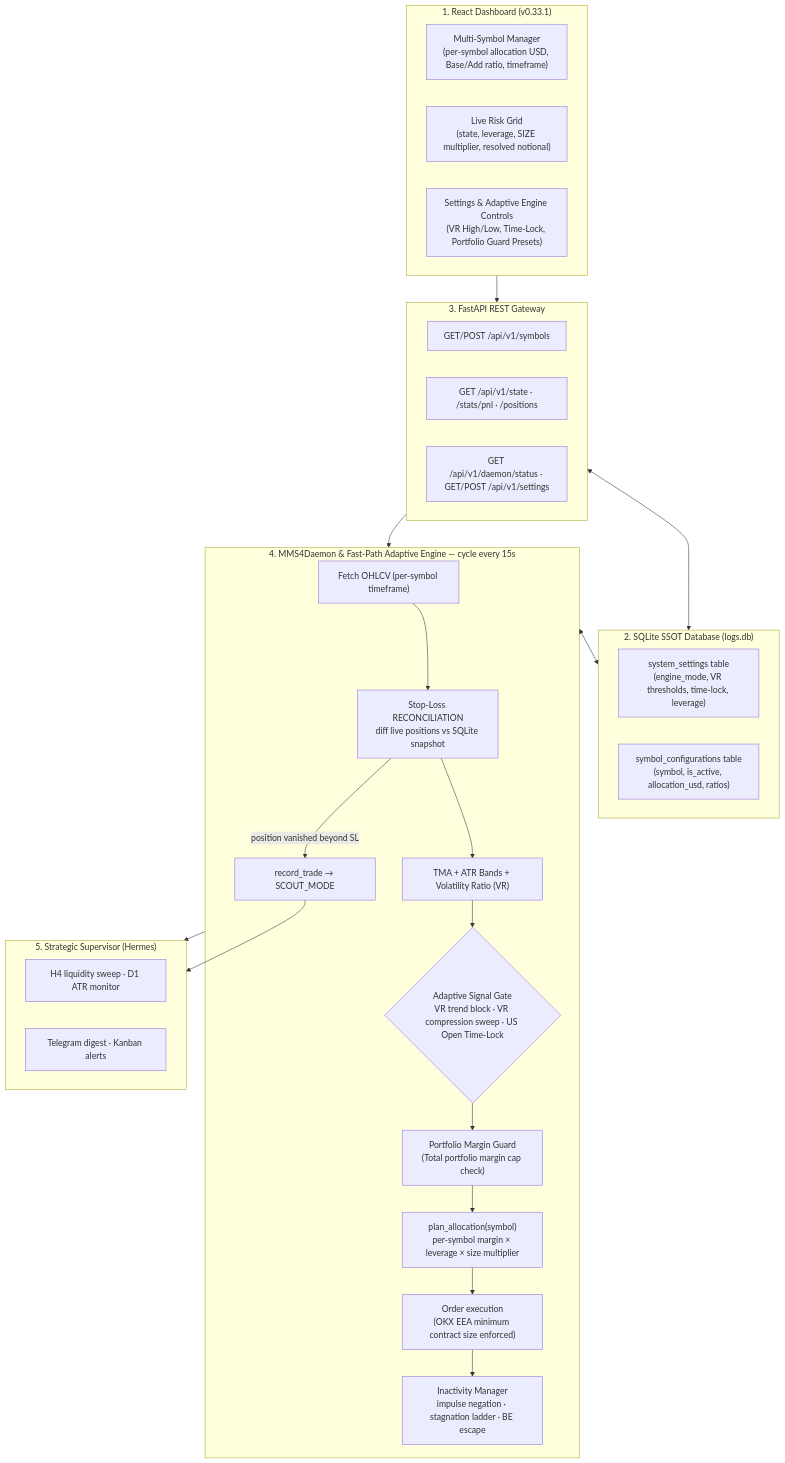
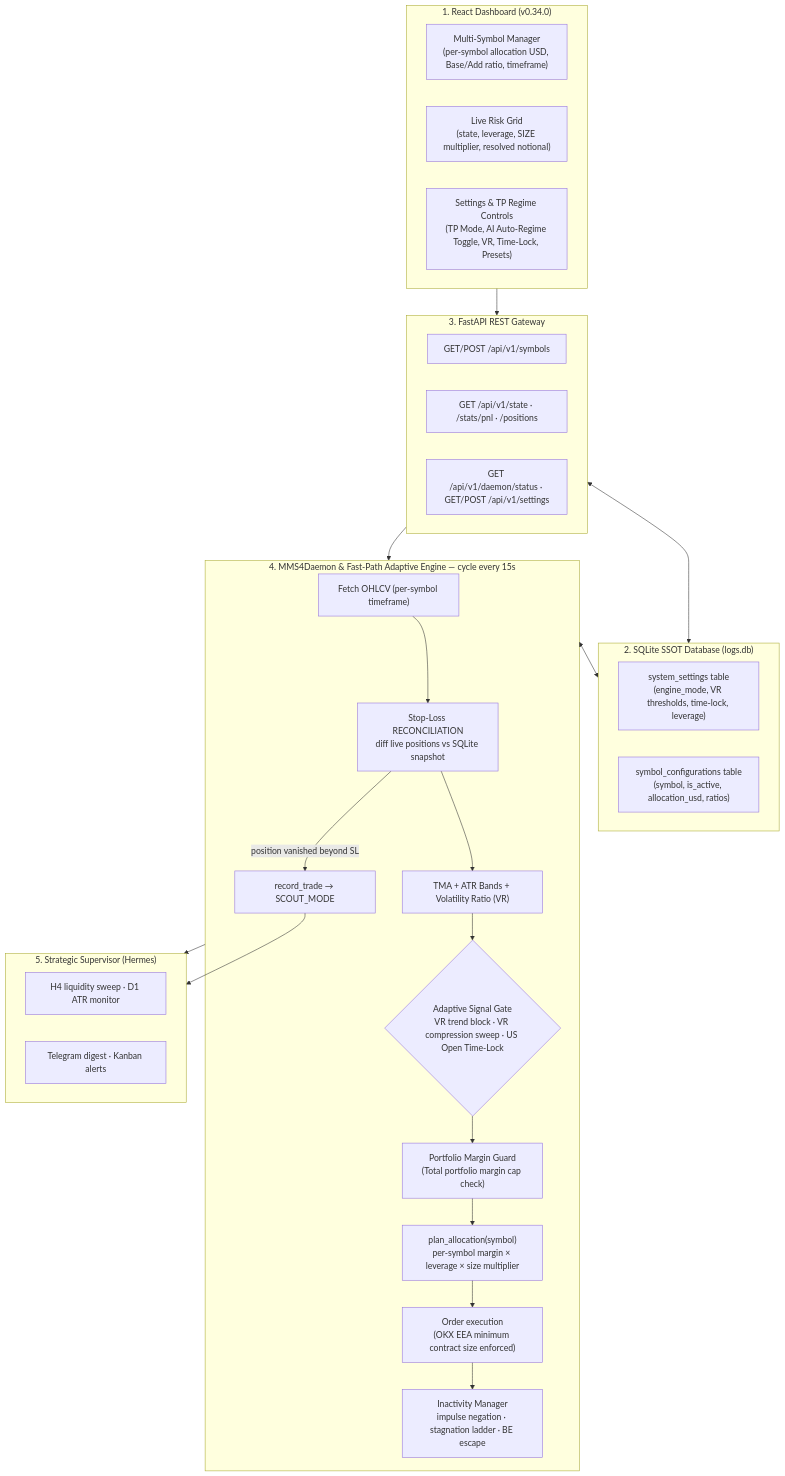
The diagram in README.md (tkogut/mms4tk), drawn with Mermaid before and after one commit. The commit also changed other lines of this file and 18 other files, not shown here.

Commit message:
feat: tp regime switching with manual lock v0.34.0

````diff
--- a/README.md
+++ b/README.md
@@ -30,45 +30,45 @@
 ```mermaid
 flowchart TD
-    subgraph UI["1. React Dashboard (v0.33.1)"]
+    subgraph UI["1. React Dashboard (v0.34.0)"]
         A1["Multi-Symbol Manager<br/>(per-symbol allocation USD, Base/Add ratio, timeframe)"]
         A2["Live Risk Grid<br/>(state, leverage, SIZE multiplier, resolved notional)"]
-        A3["Settings & Adaptive Engine Controls<br/>(VR High/Low, Time-Lock, Portfolio Guard Presets)"]
+        A3["Settings & TP Regime Controls<br/>(TP Mode, AI Auto-Regime Toggle, VR, Time-Lock, Presets)"]
     end
 
     subgraph DB["2. SQLite SSOT Database (logs.db)"]
         D_SET["system_settings table<br/>(engine_mode, VR thresholds, time-lock, leverage)"]
         D_SYM["symbol_configurations table<br/>(symbol, is_active, allocation_usd, ratios)"]
     end
 
     subgraph API["3. FastAPI REST Gateway"]
         B1["GET/POST /api/v1/symbols"]
         B2["GET /api/v1/state · /stats/pnl · /positions"]
         B3["GET /api/v1/daemon/status · GET/POST /api/v1/settings"]
     end
 
     subgraph ENGINE["4. MMS4Daemon & Fast-Path Adaptive Engine — cycle every 15s"]
         C1["Fetch OHLCV (per-symbol timeframe)"]
         C2["Stop-Loss RECONCILIATION<br/>diff live positions vs SQLite snapshot"]
         C3["TMA + ATR Bands + Volatility Ratio (VR)"]
         C4{"Adaptive Signal Gate<br/>VR trend block · VR compression sweep · US Open Time-Lock"}
         C5["Portfolio Margin Guard<br/>(Total portfolio margin cap check)"]
         C6["plan_allocation(symbol)<br/>per-symbol margin × leverage × size multiplier"]
         C7["Order execution<br/>(OKX EEA minimum contract size enforced)"]
         C8["Inactivity Manager<br/>impulse negation · stagnation ladder · BE escape"]
         C1 --> C2 --> C3 --> C4 --> C5 --> C6 --> C7
         C2 -->|position vanished beyond SL| ST["record_trade → SCOUT_MODE"]
         C7 --> C8
     end
 
     subgraph HERMES["5. Strategic Supervisor (Hermes)"]
         D1["H4 liquidity sweep · D1 ATR monitor"]
         D2["Telegram digest · Kanban alerts"]
     end
 
     UI --> API
     API <--> DB
     ENGINE <--> DB
     API --> ENGINE
     ENGINE --> HERMES
     ST --> HERMES
 ```
````
